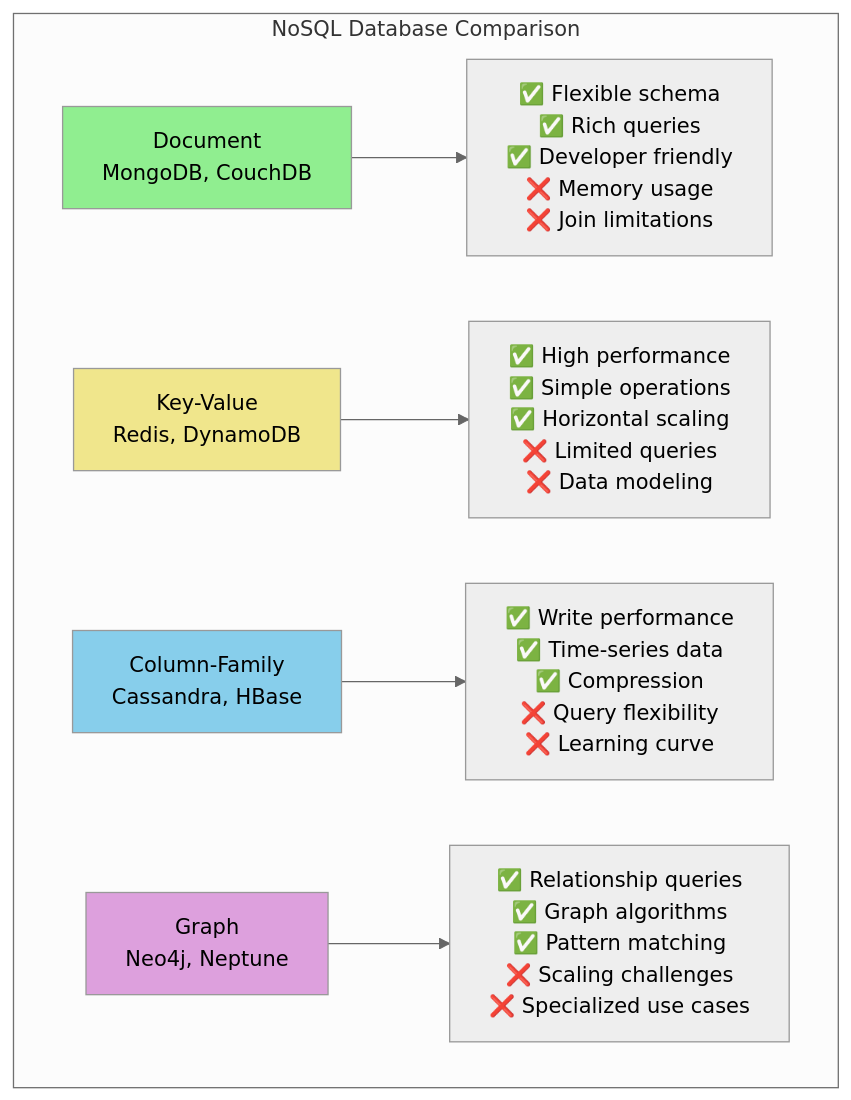
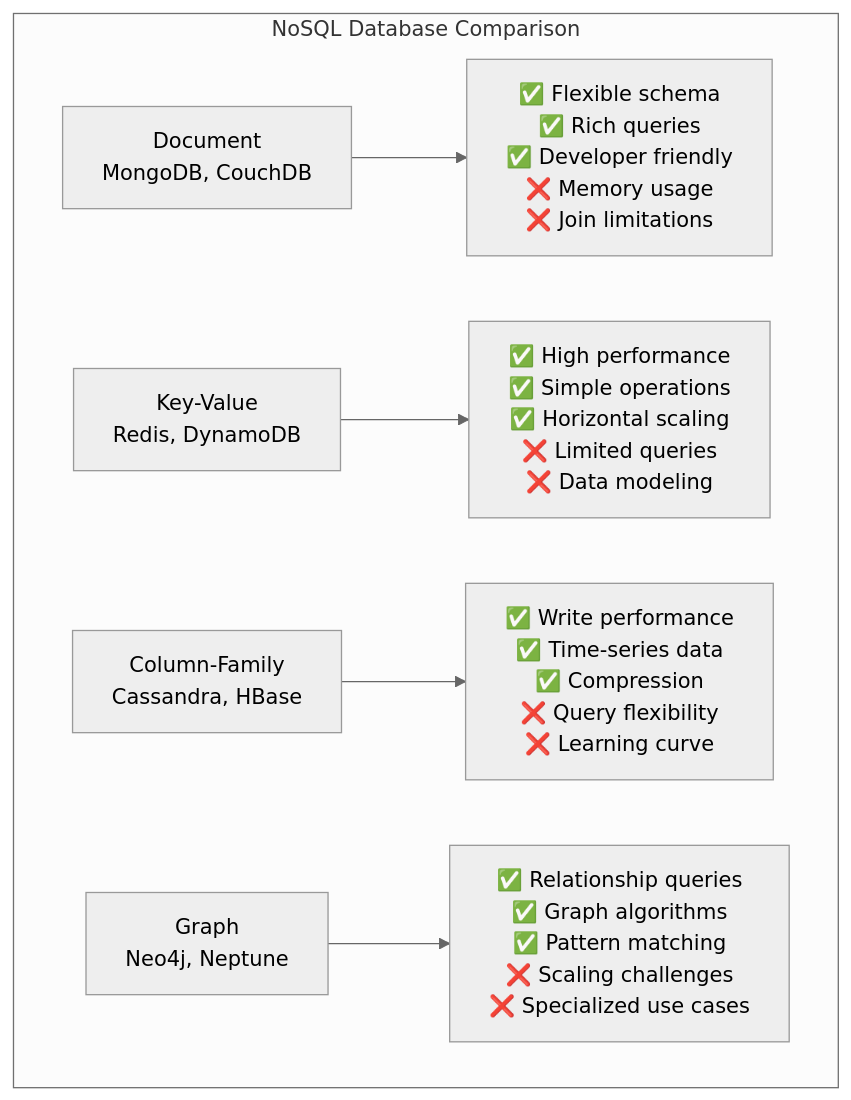
One commit to Ritahchanger/system_design changed diagram 12 of 15 in databases/docs/nosql.md. Above: the diagram before and after it, drawn with Mermaid (neutral theme). The commit also changed other lines of this file and 5 other files, not shown here.

Commit message:
Updated visual diagrams and added readme for database case studies

````diff
--- a/databases/docs/nosql.md
+++ b/databases/docs/nosql.md
@@ -515,17 +491,13 @@
 ```mermaid
 graph TB
     subgraph "NoSQL Database Comparison"
         Document[Document<br/>MongoDB, CouchDB] --> DocFeatures[✅ Flexible schema<br/>✅ Rich queries<br/>✅ Developer friendly<br/>❌ Memory usage<br/>❌ Join limitations]
         
         KeyValue[Key-Value<br/>Redis, DynamoDB] --> KVFeatures[✅ High performance<br/>✅ Simple operations<br/>✅ Horizontal scaling<br/>❌ Limited queries<br/>❌ Data modeling]
         
         ColumnFamily[Column-Family<br/>Cassandra, HBase] --> CFFeatures[✅ Write performance<br/>✅ Time-series data<br/>✅ Compression<br/>❌ Query flexibility<br/>❌ Learning curve]
         
         Graph[Graph<br/>Neo4j, Neptune] --> GFeatures[✅ Relationship queries<br/>✅ Graph algorithms<br/>✅ Pattern matching<br/>❌ Scaling challenges<br/>❌ Specialized use cases]
     end
-    
-    style Document fill:#90EE90
-    style KeyValue fill:#F0E68C
-    style ColumnFamily fill:#87CEEB
-    style Graph fill:#DDA0DD
+
 ```
````
